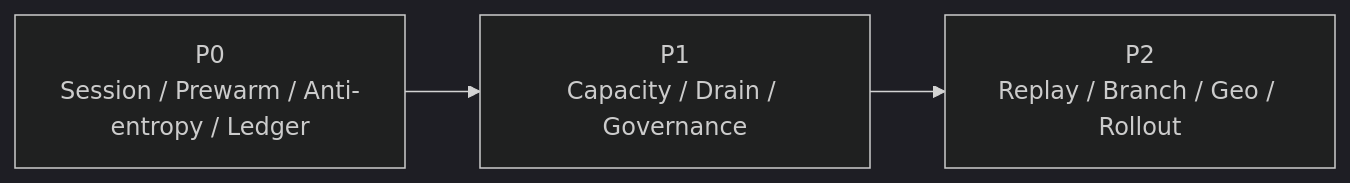
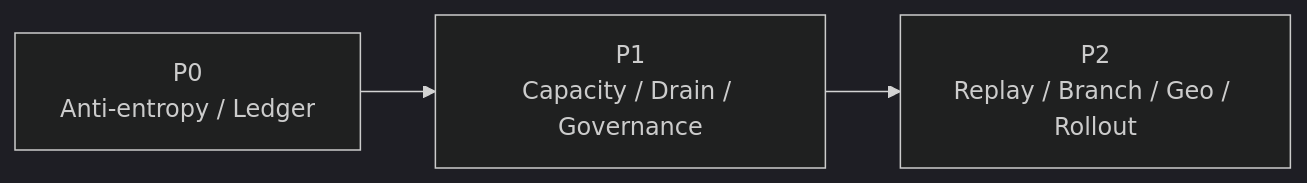
One commit to 5x8-40/lake changed the sixth of 6 diagrams in kvcm/design/D9-kv-services.md. Above: the diagram before and after it, drawn with Mermaid (dark theme). The commit also changed other lines of this file and 3 other files, not shown here.

````diff
--- a/kvcm/design/D9-kv-services.md
+++ b/kvcm/design/D9-kv-services.md
@@ -428,5 +314,5 @@
 ```mermaid
 flowchart LR
-    P0["P0<br/>Session / Prewarm / Anti-entropy / Ledger"] --> P1["P1<br/>Capacity / Drain / Governance"]
+    P0["P0<br/>Anti-entropy / Ledger"] --> P1["P1<br/>Capacity / Drain / Governance"]
     P1 --> P2["P2<br/>Replay / Branch / Geo / Rollout"]
 ```
````
